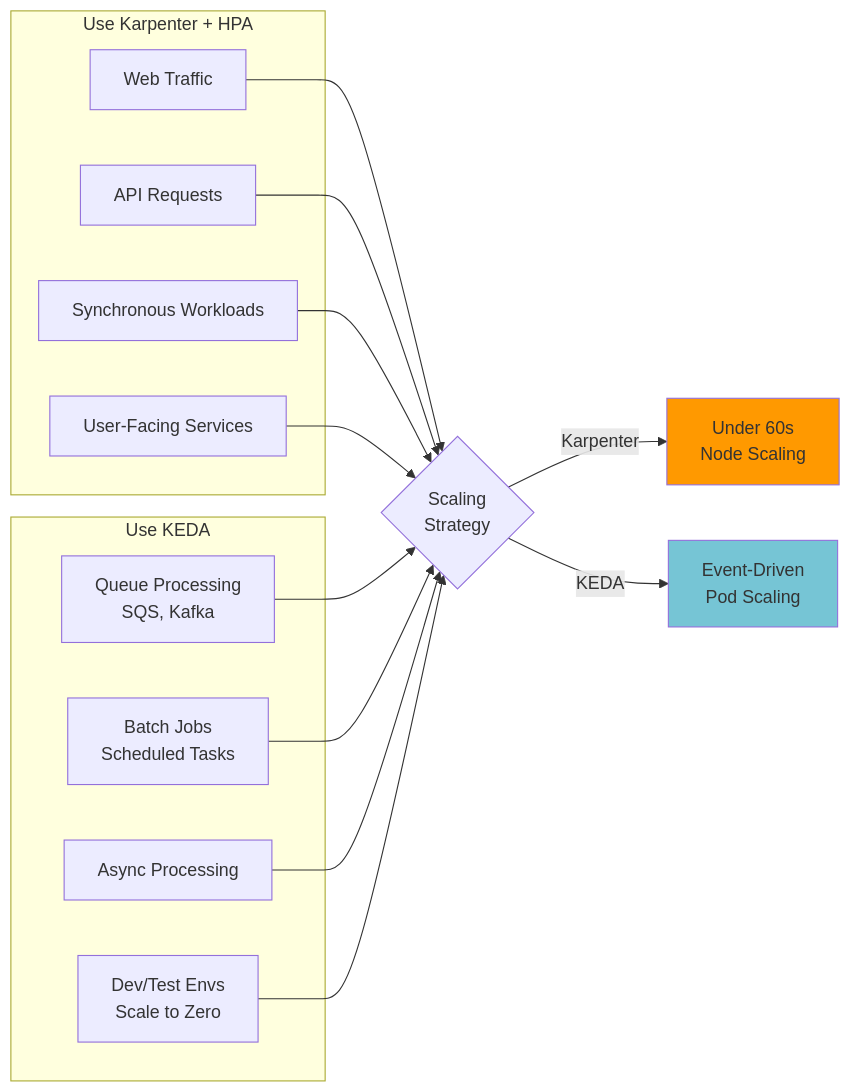
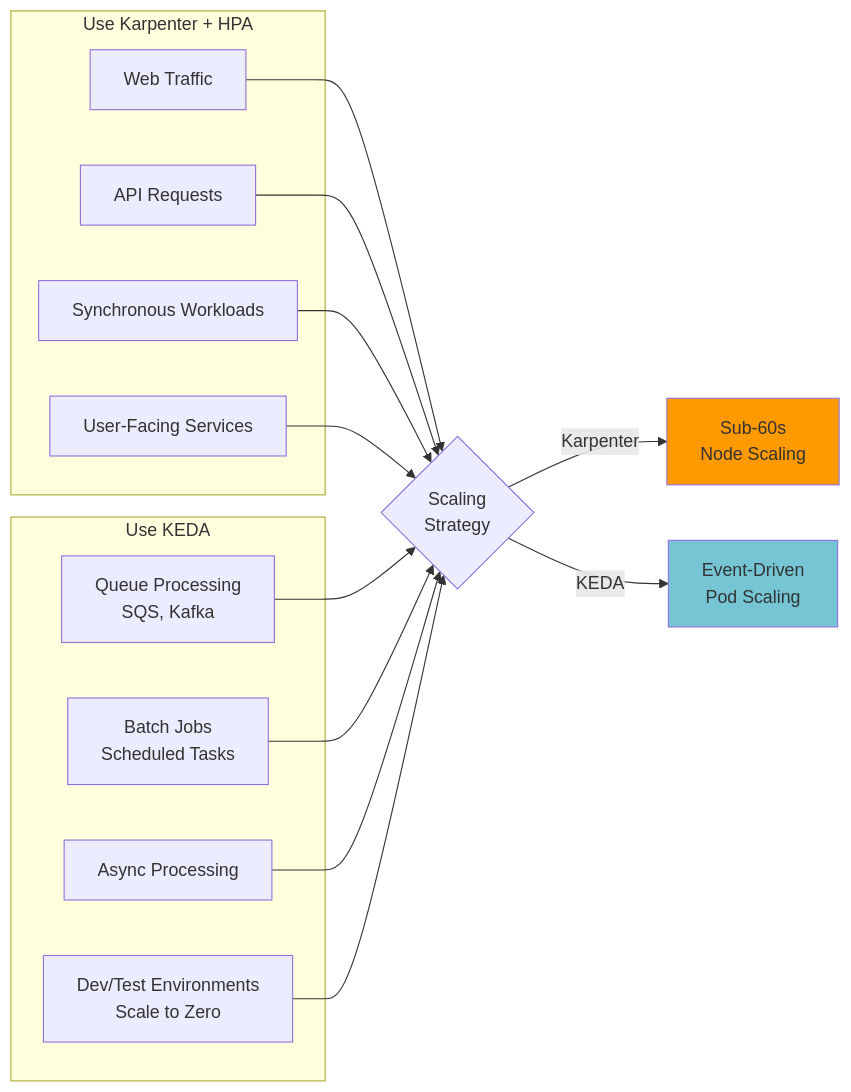
Diagram 12 of 33 in i18n/en/docusaurus-plugin-content-docs/current/infrastructure-optimization/karpenter-autoscaling.md (devfloor9/engineering-playbook), drawn with Mermaid before and after one commit. The commit also changed other lines of this file and 43 other files, not shown here.

````diff
--- a/i18n/en/docusaurus-plugin-content-docs/current/infrastructure-optimization/karpenter-autoscaling.md
+++ b/i18n/en/docusaurus-plugin-content-docs/current/infrastructure-optimization/karpenter-autoscaling.md
@@ -554,33 +804,33 @@
 ```mermaid
 graph LR
     subgraph "Use Karpenter + HPA"
         WEB[Web Traffic]
         API[API Requests]
         SYNC[Synchronous Workloads]
         USER[User-Facing Services]
     end
 
     subgraph "Use KEDA"
         QUEUE[Queue Processing<br/>SQS, Kafka]
         BATCH[Batch Jobs<br/>Scheduled Tasks]
         ASYNC[Async Processing]
-        DEV[Dev/Test Envs<br/>Scale to Zero]
+        DEV[Dev/Test Environments<br/>Scale to Zero]
     end
 
     WEB --> DECISION{Scaling<br/>Strategy}
     API --> DECISION
     SYNC --> DECISION
     USER --> DECISION
 
     QUEUE --> DECISION
     BATCH --> DECISION
     ASYNC --> DECISION
     DEV --> DECISION
 
-    DECISION -->|Karpenter| FAST[Under 60s<br/>Node Scaling]
+    DECISION -->|Karpenter| FAST[Sub-60s<br/>Node Scaling]
     DECISION -->|KEDA| EVENT[Event-Driven<br/>Pod Scaling]
 
     style FAST fill:#ff9900
     style EVENT fill:#76c5d5
 
 ```
````
